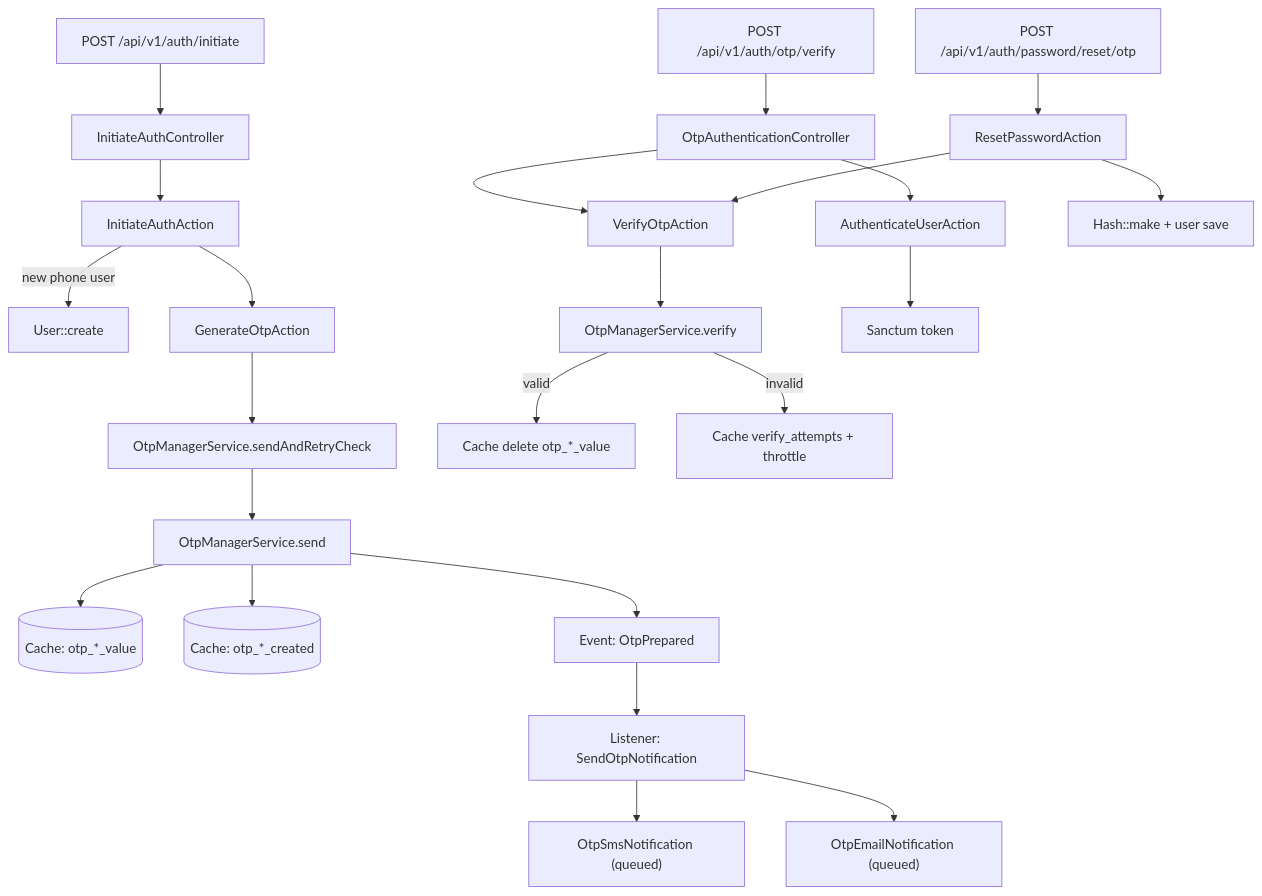
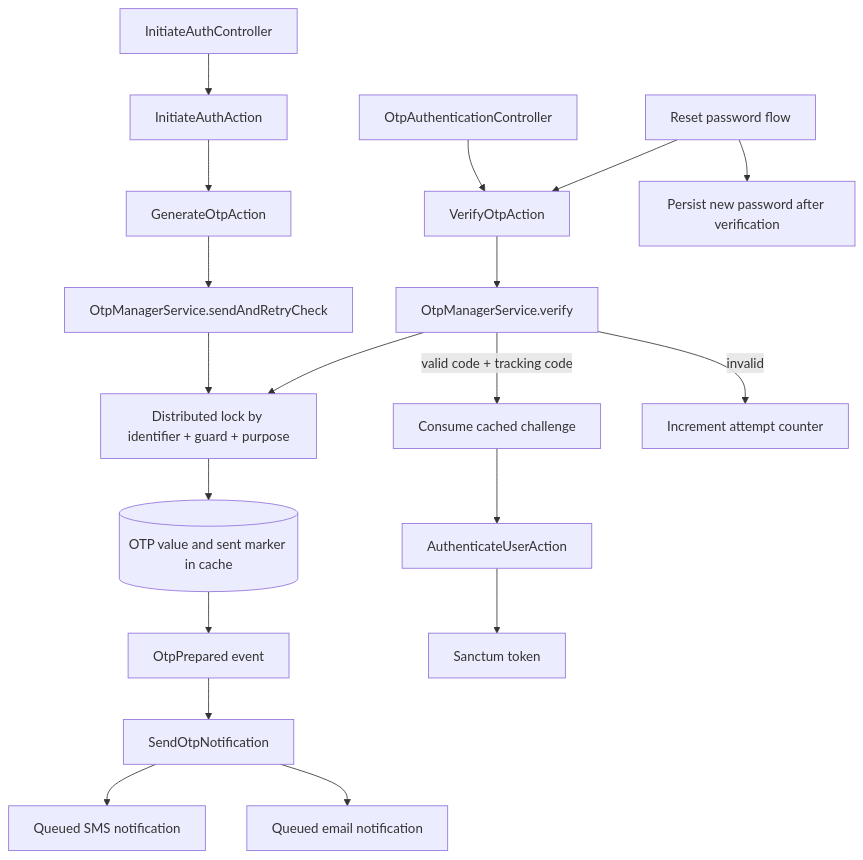
One commit to SaeidSharafi/JeduApi changed the first of 3 diagrams in docs/Architecture/Auth-OTP-Subsystem.md. Above: the diagram before and after it, drawn with Mermaid. The commit also changed other lines of this file and 26 other files, not shown here.

First line of the commit message:
docs: consolidate architecture documentation

````diff
--- a/docs/Architecture/Auth-OTP-Subsystem.md
+++ b/docs/Architecture/Auth-OTP-Subsystem.md
@@ -5,27 +9,23 @@
 ```mermaid
 flowchart TB
-    A[POST /api/v1/auth/initiate] --> B[InitiateAuthController]
-    B --> C[InitiateAuthAction]
-    C -->|new phone user| D[User::create]
-    C --> E[GenerateOtpAction]
-    E --> F[OtpManagerService.sendAndRetryCheck]
-    F --> G[OtpManagerService.send]
-    G --> H[(Cache: otp_*_value)]
-    G --> I[(Cache: otp_*_created)]
-    G --> J[Event: OtpPrepared]
-    J --> K[Listener: SendOtpNotification]
-    K --> L["OtpSmsNotification (queued)"]
-    K --> M["OtpEmailNotification (queued)"]
+    A[InitiateAuthController] --> B[InitiateAuthAction]
+    B --> C[GenerateOtpAction]
+    C --> D[OtpManagerService.sendAndRetryCheck]
+    D --> E[Distributed lock by identifier + guard + purpose]
+    E --> F[(OTP value and sent marker in cache)]
+    F --> G[OtpPrepared event]
+    G --> H[SendOtpNotification]
+    H --> I[Queued SMS notification]
+    H --> J[Queued email notification]
 
-    N[POST /api/v1/auth/otp/verify] --> O[OtpAuthenticationController]
-    O --> P[VerifyOtpAction]
-    P --> Q[OtpManagerService.verify]
-    Q -->|valid| R[Cache delete otp_*_value]
-    Q -->|invalid| S[Cache verify_attempts + throttle]
-    O --> T[AuthenticateUserAction]
-    T --> U[Sanctum token]
+    K[OtpAuthenticationController] --> L[VerifyOtpAction]
+    L --> M[OtpManagerService.verify]
+    M --> E
+    M -->|valid code + tracking code| N[Consume cached challenge]
+    M -->|invalid| O[Increment attempt counter]
+    N --> P[AuthenticateUserAction]
+    P --> Q[Sanctum token]
 
-    V[POST /api/v1/auth/password/reset/otp] --> W[ResetPasswordAction]
-    W --> P
-    W --> X[Hash::make + user save]
+    R[Reset password flow] --> L
+    R --> S[Persist new password after verification]
 ```
````
